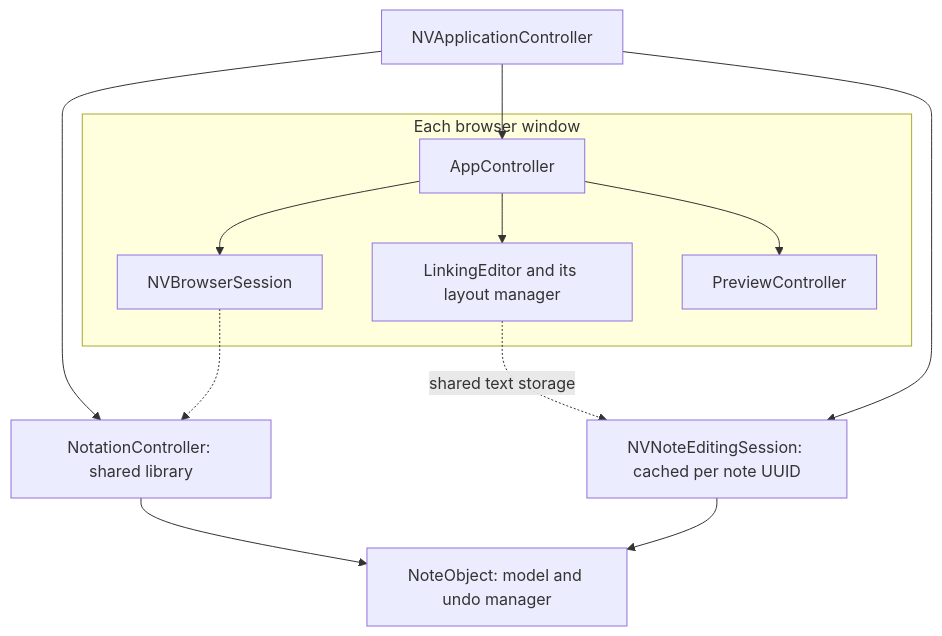
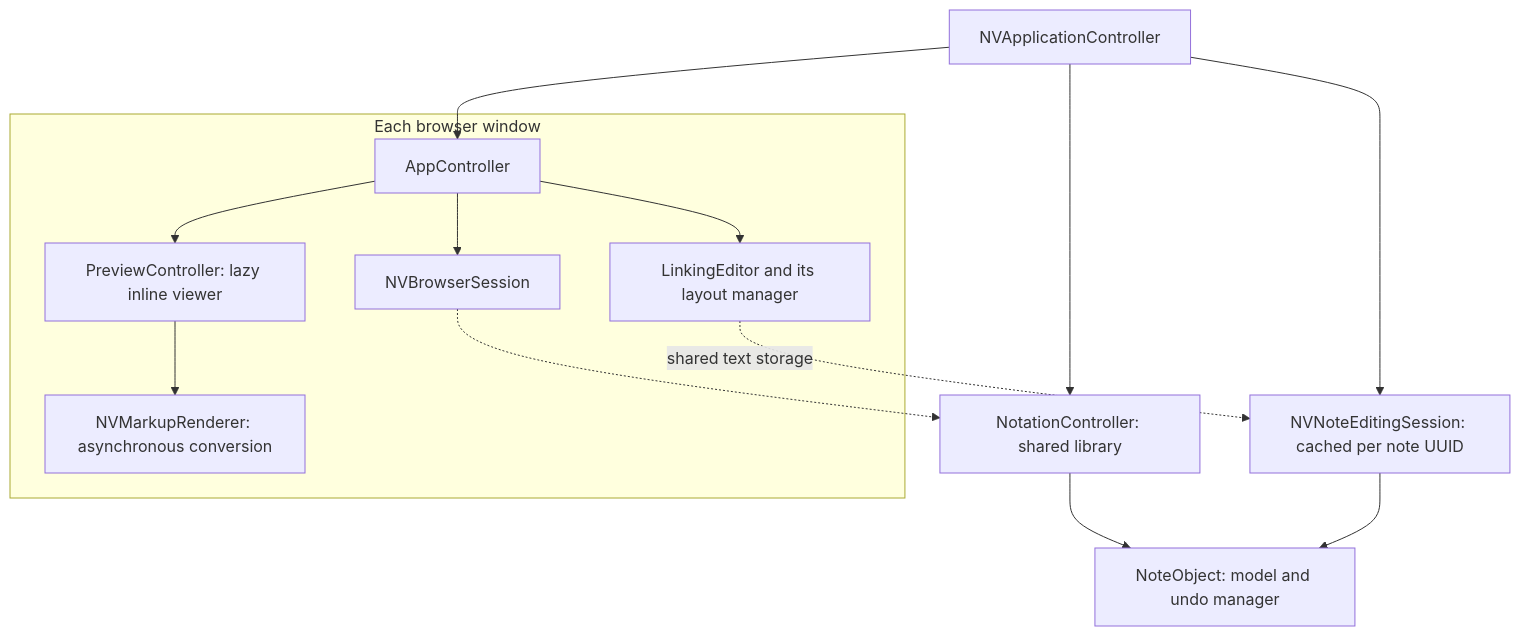
Before and after one commit to dangduc/nv: the diagram in architecture.md, drawn with Mermaid. The commit also changed other lines of this file and 208 other files, not shown here.

````diff
--- a/architecture.md
+++ b/architecture.md
@@ -14,15 +14,16 @@
 ```mermaid
 flowchart TD
     A["NVApplicationController"] --> L["NotationController: shared library"]
     A --> B
     A --> E["NVNoteEditingSession: cached per note UUID"]
     L --> N["NoteObject: model and undo manager"]
     E --> N
     subgraph Window["Each browser window"]
         B["AppController"] --> S["NVBrowserSession"]
         B --> V["LinkingEditor and its layout manager"]
-        B --> P["PreviewController"]
+        B --> P["PreviewController: lazy inline viewer"]
+        P --> R["NVMarkupRenderer: asynchronous conversion"]
     end
     S -.-> L
     V -.->|shared text storage| E
 ```
````
